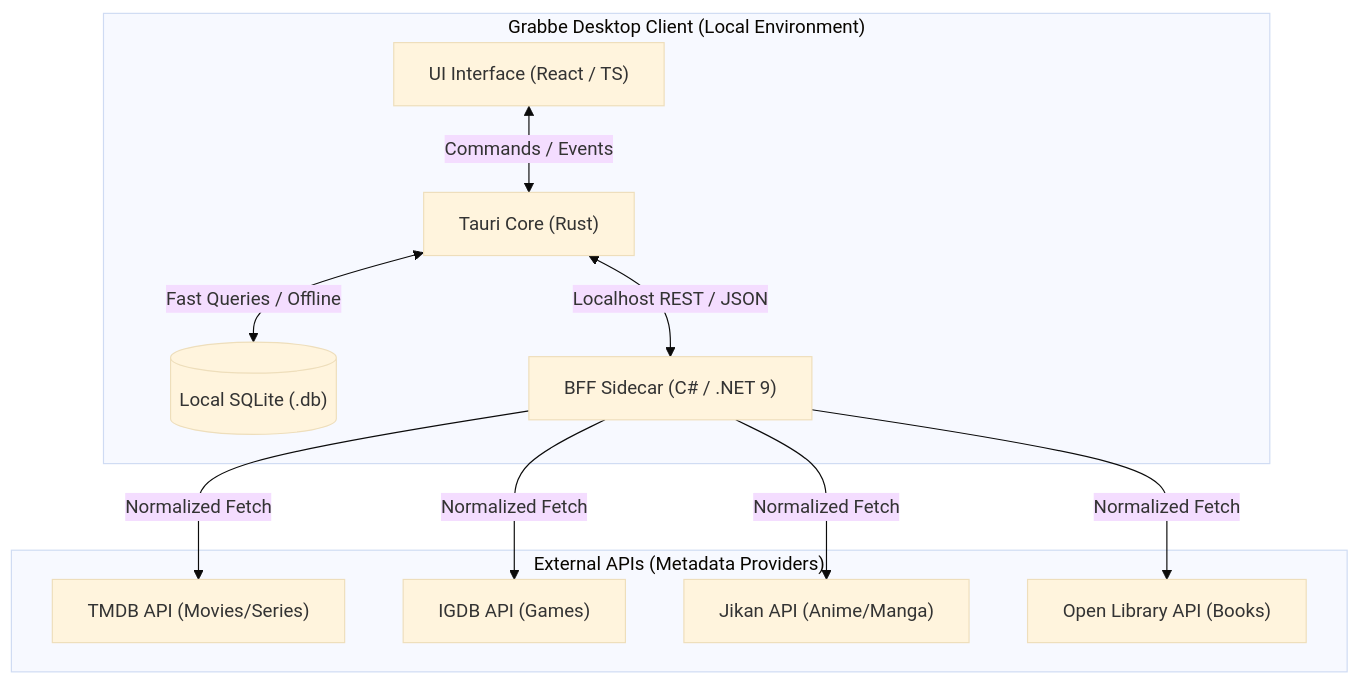
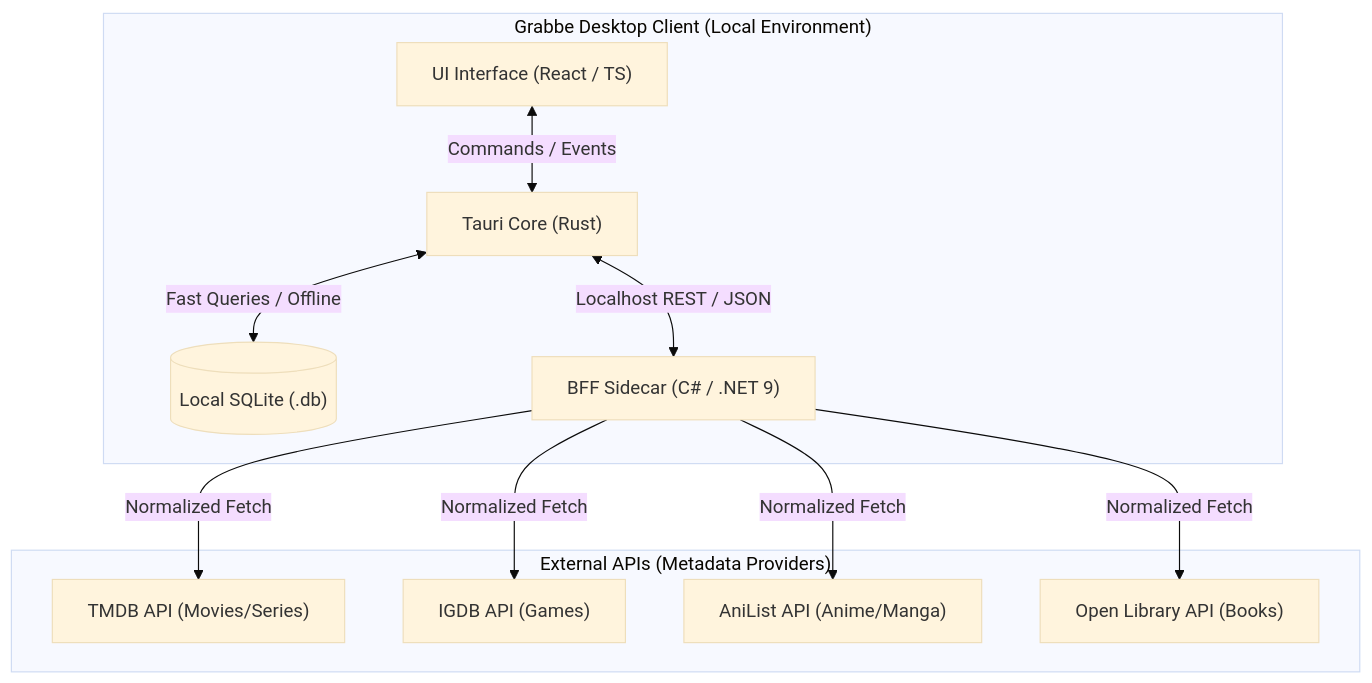
One commit to RogerARocha/Grabbe changed the diagram in ARCHITECTURE_CONTEXT.md. Above: the diagram before and after it, drawn with Mermaid (base theme). The commit also changed other lines of this file and 12 other files, not shown here.

````diff
--- a/ARCHITECTURE_CONTEXT.md
+++ b/ARCHITECTURE_CONTEXT.md
@@ -38,25 +38,25 @@
 ```mermaid
 graph TD
     subgraph DesktopClient ["Grabbe Desktop Client (Local Environment)"]
         UI["UI Interface (React / TS)"]
         Core["Tauri Core (Rust)"]
         DB[("Local SQLite (.db)")]
         BFF["BFF Sidecar (C# / .NET 9)"]
         
         UI <-->|Commands / Events| Core
         Core <-->|Fast Queries / Offline| DB
         Core <-->|Localhost REST / JSON| BFF
     end
 
     subgraph ExternalAPIs ["External APIs (Metadata Providers)"]
         TMDB["TMDB API (Movies/Series)"]
         IGDB["IGDB API (Games)"]
-        Jikan["Jikan API (Anime/Manga)"]
+        AniList["AniList API (Anime/Manga)"]
         OpenLibrary["Open Library API (Books)"]
     end
 
     BFF -->|Normalized Fetch| TMDB
     BFF -->|Normalized Fetch| IGDB
-    BFF -->|Normalized Fetch| Jikan
+    BFF -->|Normalized Fetch| AniList
     BFF -->|Normalized Fetch| OpenLibrary
 ```
````
